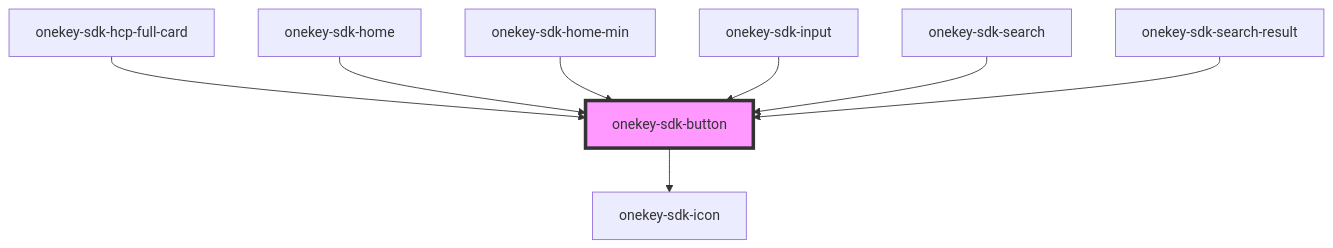
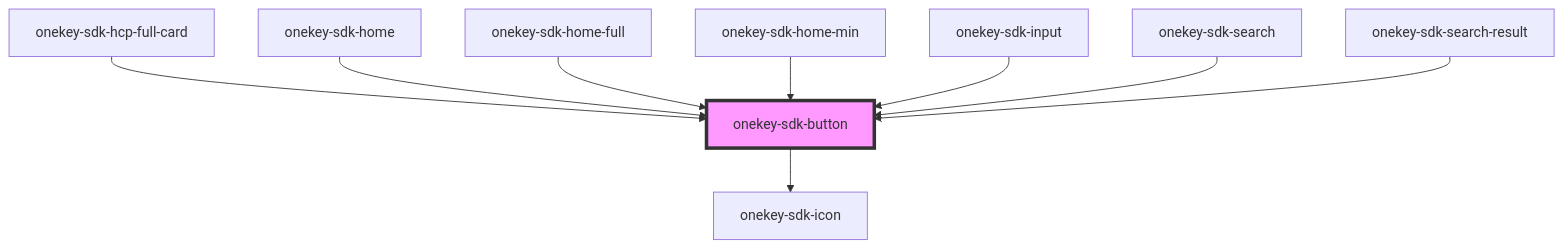
One commit to hcl-sdk/HealthCareLocatorWebSDK changed the diagram in packages/onekey-sdk-core-ui/docs/components/ui-kits/onekey-sdk-button/readme.md. Above: the diagram before and after it, drawn with Mermaid. The commit also changed other lines of this file and 8 other files, not shown here.

````diff
--- a/packages/onekey-sdk-core-ui/docs/components/ui-kits/onekey-sdk-button/readme.md
+++ b/packages/onekey-sdk-core-ui/docs/components/ui-kits/onekey-sdk-button/readme.md
@@ -42,11 +45,12 @@
 ```mermaid
 graph TD;
   onekey-sdk-button --> onekey-sdk-icon
   onekey-sdk-hcp-full-card --> onekey-sdk-button
   onekey-sdk-home --> onekey-sdk-button
+  onekey-sdk-home-full --> onekey-sdk-button
   onekey-sdk-home-min --> onekey-sdk-button
   onekey-sdk-input --> onekey-sdk-button
   onekey-sdk-search --> onekey-sdk-button
   onekey-sdk-search-result --> onekey-sdk-button
   style onekey-sdk-button fill:#f9f,stroke:#333,stroke-width:4px
 ```
````
